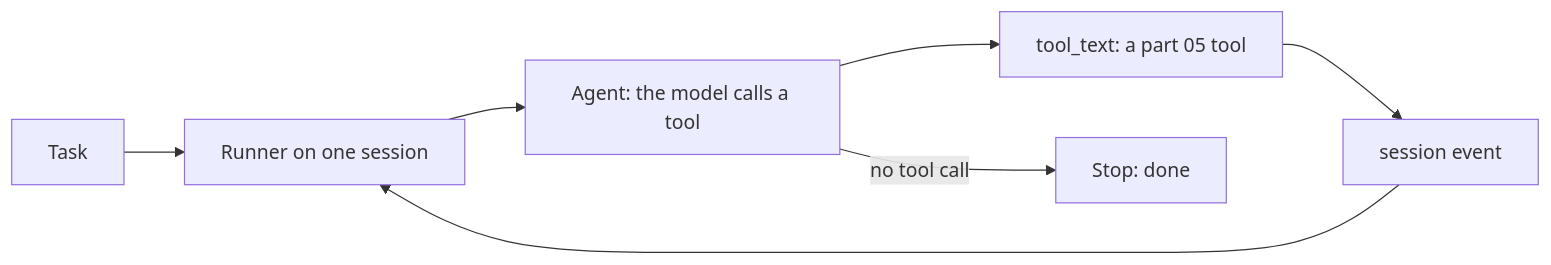
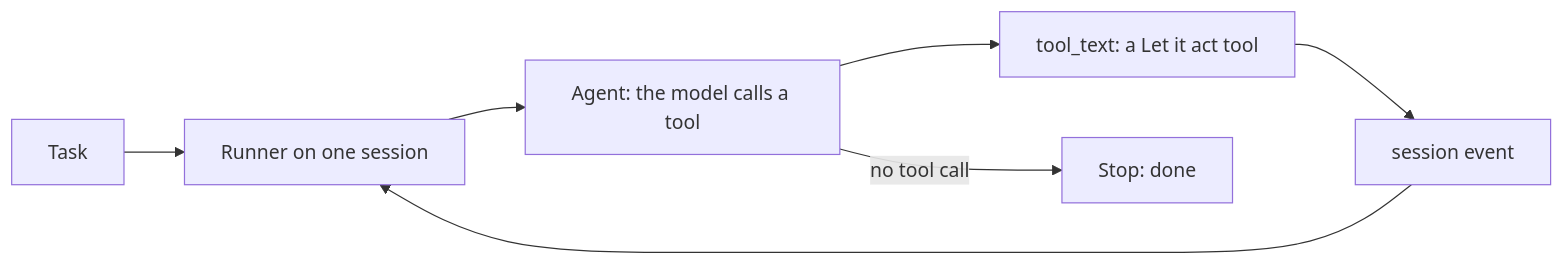
Before and after one commit to learnwithparam/applied-ai-cohort: the diagram in parts/11-run-the-agent-with-google-adk/01-run-the-loop-on-adk/problem/README.md, drawn with Mermaid. The commit also changed other lines of this file and 29 other files, not shown here.

````diff
--- a/parts/11-run-the-agent-with-google-adk/01-run-the-loop-on-adk/problem/README.md
+++ b/parts/11-run-the-agent-with-google-adk/01-run-the-loop-on-adk/problem/README.md
@@ -32,9 +32,9 @@
 ```mermaid
 flowchart LR
   A["Task"] --> B["Runner on one session"]
   B --> C["Agent: the model calls a tool"]
-  C --> D["tool_text: a part 05 tool"]
+  C --> D["tool_text: a Let it act tool"]
   D --> E["session event"]
   E --> B
   C -- "no tool call" --> F["Stop: done"]
 ```
````
